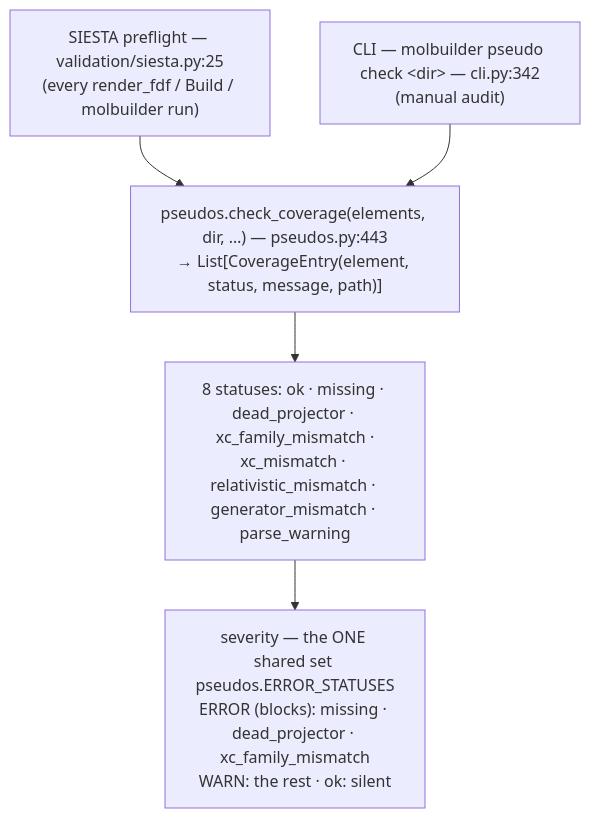
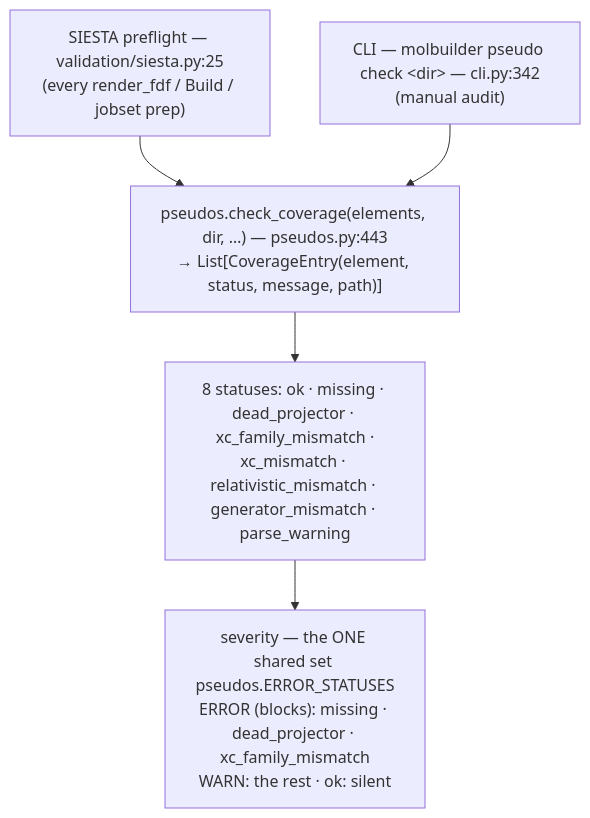
One commit to Qing-LAB/molbuilder changed the diagram in docs/science/pseudopotentials.md. Above: the diagram before and after it, drawn with Mermaid.

Commit message:
docs(pseudopotentials): the preflight diagram named the deleted `molbuilder run`
Last live mention outside execution/ and engines/.  The SIESTA preflight runs at
every render_fdf / Build / jobset prep -- `run` is gone (decision 7).

````diff
--- a/docs/science/pseudopotentials.md
+++ b/docs/science/pseudopotentials.md
@@ -45,11 +45,11 @@
 ```mermaid
 flowchart TB
-    P["SIESTA preflight — validation/siesta.py:25<br/>(every render_fdf / Build / molbuilder run)"]
+    P["SIESTA preflight — validation/siesta.py:25<br/>(every render_fdf / Build / jobset prep)"]
     C["CLI — molbuilder pseudo check &lt;dir&gt; — cli.py:342<br/>(manual audit)"]
     CC["pseudos.check_coverage(elements, dir, …) — pseudos.py:443<br/>→ List[CoverageEntry(element, status, message, path)]"]
     ST["8 statuses: ok · missing · dead_projector · xc_family_mismatch ·<br/>xc_mismatch · relativistic_mismatch · generator_mismatch · parse_warning"]
     SEV["severity — the ONE shared set pseudos.ERROR_STATUSES<br/>ERROR (blocks): missing · dead_projector · xc_family_mismatch<br/>WARN: the rest · ok: silent"]
     P --> CC
     C --> CC
     CC --> ST --> SEV
 ```
````
